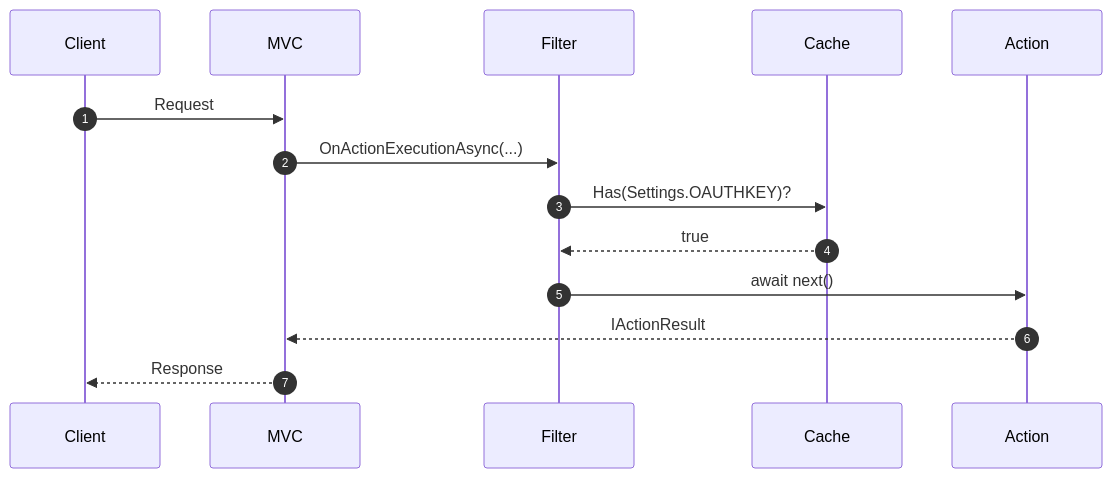
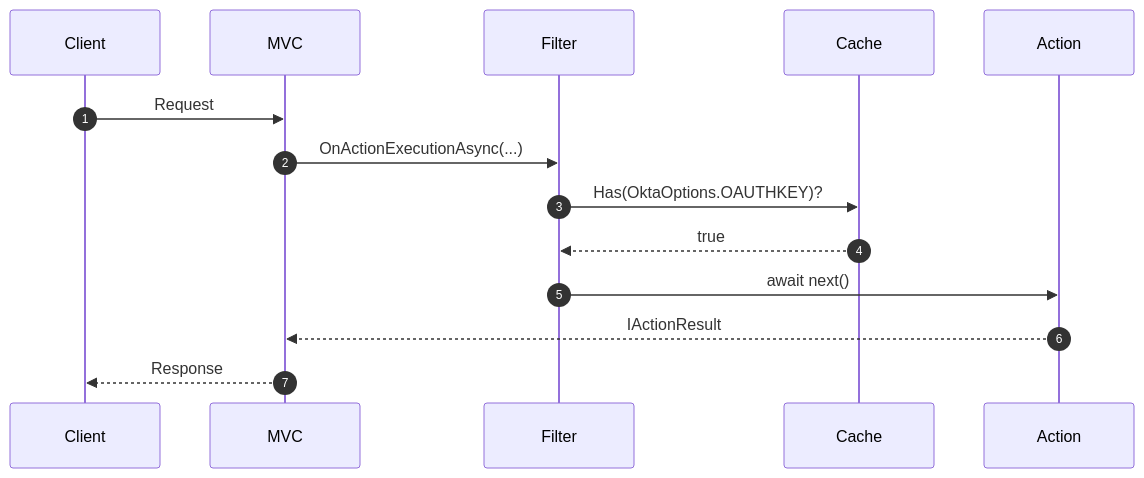
One commit to john-maurer/Maurer.OktaFilter changed the third of 4 diagrams in README.md. Above: the diagram before and after it, drawn with Mermaid. The commit also changed other lines of this file and 12 other files, not shown here.

Commit message:
Removed 'Settings.cs', replaced with 'Models.OktaOptions'.

````diff
--- a/README.md
+++ b/README.md
@@ -213,17 +213,17 @@
 ```mermaid
 sequenceDiagram
 autonumber
 participant Client
 participant MVC
 participant Filter
 participant Cache
 participant Action
 
 Client->>MVC: Request
 MVC->>Filter: OnActionExecutionAsync(...)
-Filter->>Cache: Has(Settings.OAUTHKEY)?
+Filter->>Cache: Has(OktaOptions.OAUTHKEY)?
 Cache-->>Filter: true
 Filter->>Action: await next()
 Action-->>MVC: IActionResult
 MVC-->>Client: Response
 ```
````
